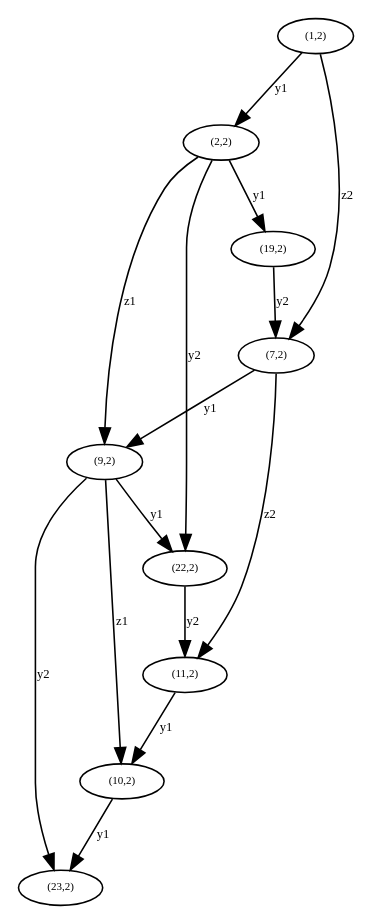
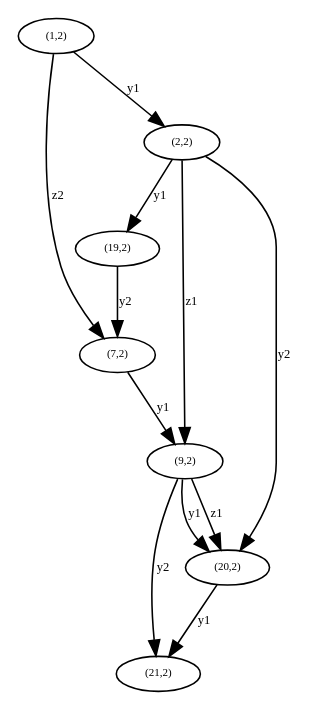
The diagram in python/genfold/alg3_test_D2_2.gv (AndrewDuncan/Doublecoset), drawn with Graphviz before and after one commit. The commit also changed 6 other files, not shown here.

```diff
--- a/python/genfold/alg3_test_D2_2.gv
+++ b/python/genfold/alg3_test_D2_2.gv
@@ -1,25 +1,19 @@
 digraph D2_2 {
 "Hv(1,2)" [label="(1,2)",fontsize=7,width=.01,height=.01];
 "Hv(1,2)" -> "Hv(2,2)" [label="y1",fontsize=8];
 "Hv(1,2)" -> "Hv(7,2)" [label="z2",fontsize=8];
 "Hv(2,2)" [label="(2,2)",fontsize=7,width=.01,height=.01];
-"Hv(2,2)" -> "Hv(22,2)" [label="y2",fontsize=8];
+"Hv(2,2)" -> "Hv(20,2)" [label="y2",fontsize=8];
 "Hv(2,2)" -> "Hv(19,2)" [label="y1",fontsize=8];
 "Hv(2,2)" -> "Hv(9,2)" [label="z1",fontsize=8];
 "Hv(7,2)" [label="(7,2)",fontsize=7,width=.01,height=.01];
 "Hv(7,2)" -> "Hv(9,2)" [label="y1",fontsize=8];
-"Hv(7,2)" -> "Hv(11,2)" [label="z2",fontsize=8];
 "Hv(9,2)" [label="(9,2)",fontsize=7,width=.01,height=.01];
-"Hv(9,2)" -> "Hv(22,2)" [label="y1",fontsize=8];
-"Hv(9,2)" -> "Hv(23,2)" [label="y2",fontsize=8];
-"Hv(9,2)" -> "Hv(10,2)" [label="z1",fontsize=8];
-"Hv(10,2)" [label="(10,2)",fontsize=7,width=.01,height=.01];
-"Hv(10,2)" -> "Hv(23,2)" [label="y1",fontsize=8];
-"Hv(11,2)" [label="(11,2)",fontsize=7,width=.01,height=.01];
-"Hv(11,2)" -> "Hv(10,2)" [label="y1",fontsize=8];
+"Hv(9,2)" -> "Hv(20,2)" [label="y1",fontsize=8];
+"Hv(9,2)" -> "Hv(21,2)" [label="y2",fontsize=8];
+"Hv(9,2)" -> "Hv(20,2)" [label="z1",fontsize=8];
 "Hv(19,2)" [label="(19,2)",fontsize=7,width=.01,height=.01];
 "Hv(19,2)" -> "Hv(7,2)" [label="y2",fontsize=8];
-"Hv(22,2)" [label="(22,2)",fontsize=7,width=.01,height=.01];
-"Hv(22,2)" -> "Hv(11,2)" [label="y2",fontsize=8];
-"Hv(23,2)" [label="(23,2)",fontsize=7,width=.01,height=.01];
-}
+"Hv(20,2)" [label="(20,2)",fontsize=7,width=.01,height=.01];
+"Hv(20,2)" -> "Hv(21,2)" [label="y1",fontsize=8];
+"Hv(21,2)" [label="(21,2)",fontsize=7,width=.01,height=.01];}
```
